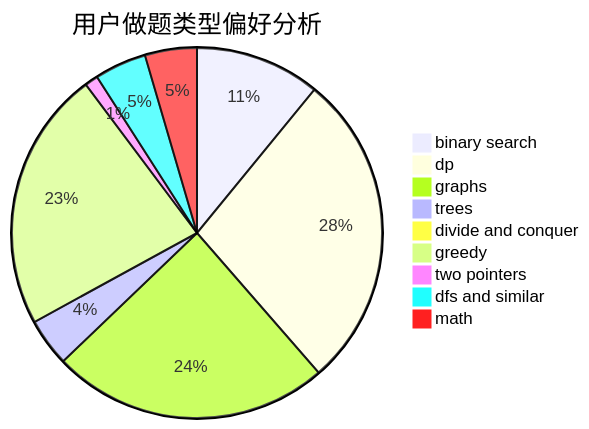
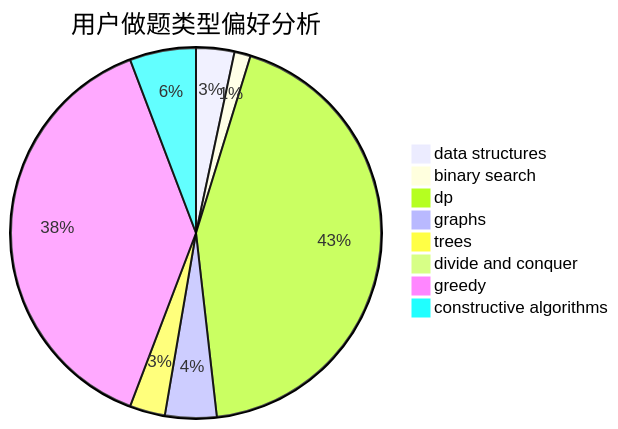
Before and after one commit to sherpahu/cfrs.github.io: the second of 3 diagrams in docs/user/u178.md, drawn with Mermaid. The commit also changed other lines of this file and 2775 other files, not shown here.

````diff
--- a/docs/user/u178.md
+++ b/docs/user/u178.md
@@ -23,12 +23,11 @@
 ```mermaid
 pie title 用户做题类型偏好分析
-    "binary search" :  159
-    "dp" :  403
-    "graphs" :  353
-    "trees" :  61
-    "divide and conquer" :  5
-    "greedy" :  331
-    "two pointers" :  17
-    "dfs and similar" :  66
-    "math" :  66
+    "data structures" :  26
+    "binary search" :  11
+    "dp" :  338
+    "graphs" :  35
+    "trees" :  24
+    "divide and conquer" :  0
+    "greedy" :  299
+    "constructive algorithms" :  45
 ```
````
